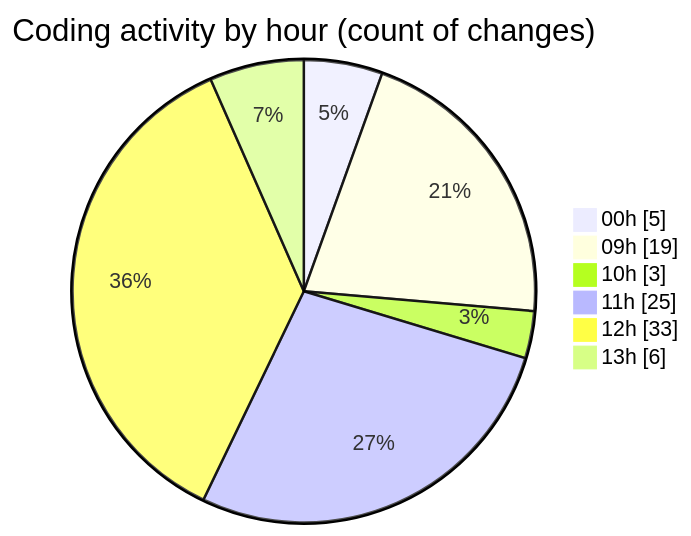
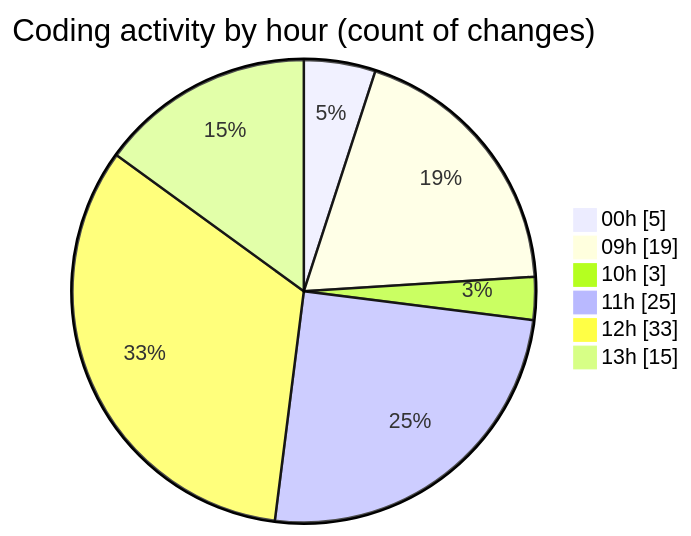
The second of 2 diagrams in 2025-11-19/eventscop-frontend-guide__workspace_/README.md (julien-gomy/code-tracking), drawn with Mermaid before and after one commit. The commit also changed other lines of this file and 1 other file, not shown here.

````diff
--- a/2025-11-19/eventscop-frontend-guide__workspace_/README.md
+++ b/2025-11-19/eventscop-frontend-guide__workspace_/README.md
@@ -51,10 +57,10 @@
 ```mermaid
 pie showData
 title Coding activity by hour (count of changes)
 "00h" : 5
 "09h" : 19
 "10h" : 3
 "11h" : 25
 "12h" : 33
-"13h" : 6
+"13h" : 15
 ```
````
